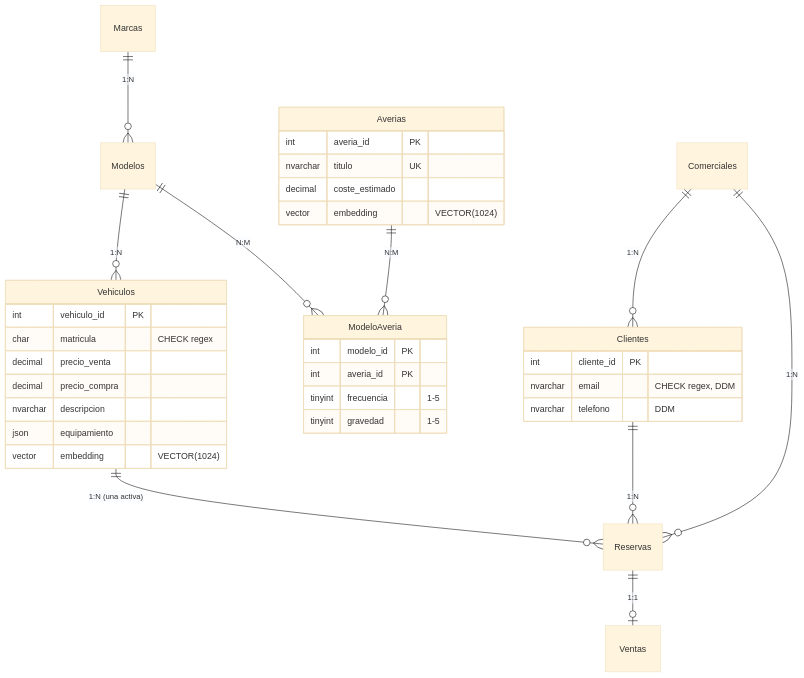
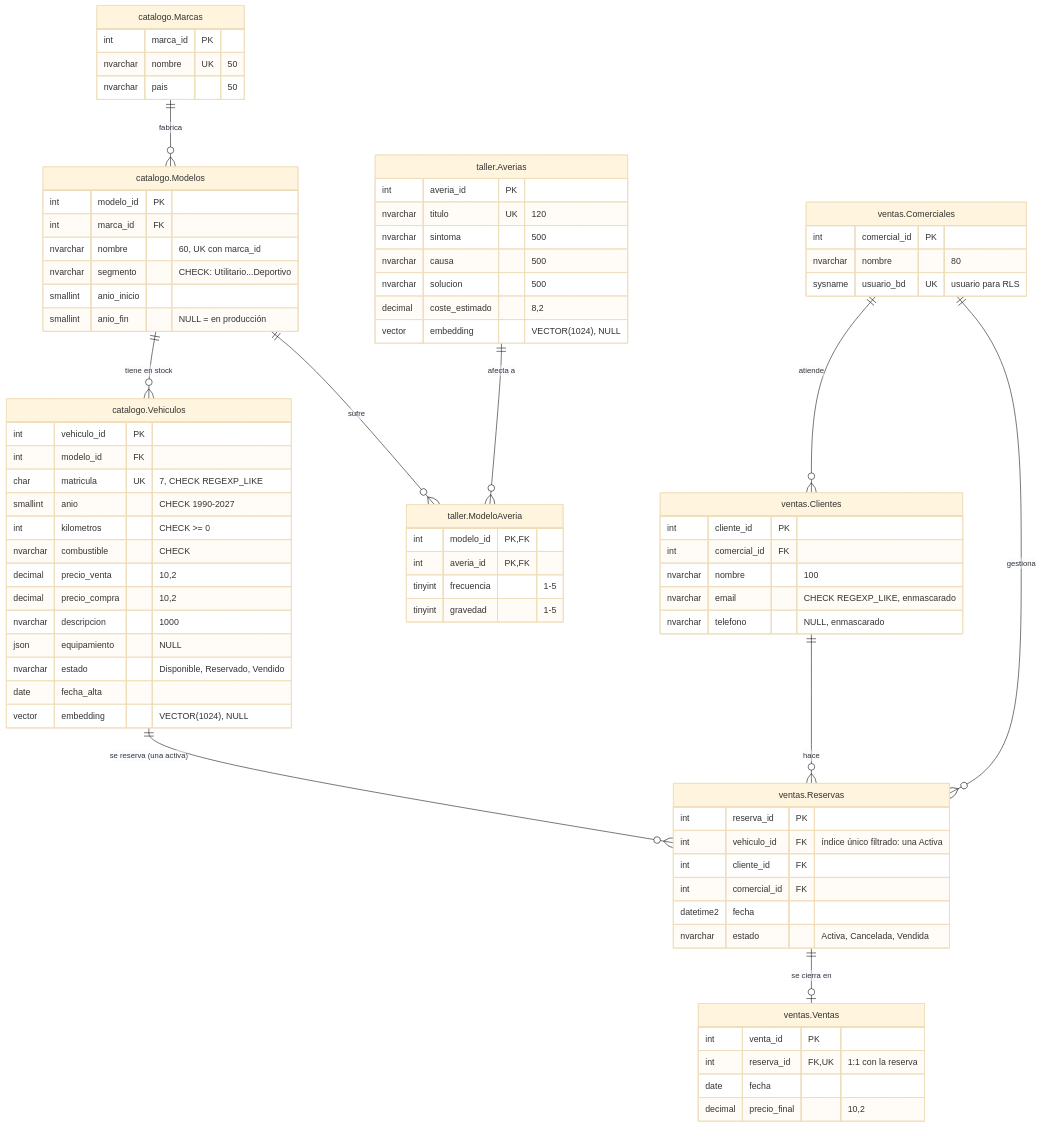
One commit to BigSierra365/dp800-bajo-el-capo changed the second of 2 diagrams in README.md. Above: the diagram before and after it, drawn with Mermaid (base theme). The commit also changed other lines of this file and 114 other files, not shown here.

````diff
--- a/README.md
+++ b/README.md
@@ -228,38 +601,82 @@
 ```mermaid
 erDiagram
-    Marcas ||--o{ Modelos : "1:N"
-    Modelos ||--o{ Vehiculos : "1:N"
-    Modelos ||--o{ ModeloAveria : "N:M"
-    Averias ||--o{ ModeloAveria : "N:M"
-    Comerciales ||--o{ Clientes : "1:N"
-    Comerciales ||--o{ Reservas : "1:N"
-    Clientes ||--o{ Reservas : "1:N"
-    Vehiculos ||--o{ Reservas : "1:N (una activa)"
-    Reservas ||--o| Ventas : "1:1"
-    Vehiculos {
+    Marcas ||--o{ Modelos : "fabrica"
+    Modelos ||--o{ Vehiculos : "tiene en stock"
+    Modelos ||--o{ ModeloAveria : "sufre"
+    Averias ||--o{ ModeloAveria : "afecta a"
+    Comerciales ||--o{ Clientes : "atiende"
+    Comerciales ||--o{ Reservas : "gestiona"
+    Clientes ||--o{ Reservas : "hace"
+    Vehiculos ||--o{ Reservas : "se reserva (una activa)"
+    Reservas ||--o| Ventas : "se cierra en"
+
+    Marcas["catalogo.Marcas"] {
+        int marca_id PK
+        nvarchar nombre UK "50"
+        nvarchar pais "50"
+    }
+    Modelos["catalogo.Modelos"] {
+        int modelo_id PK
+        int marca_id FK
+        nvarchar nombre "60, UK con marca_id"
+        nvarchar segmento "CHECK: Utilitario...Deportivo"
+        smallint anio_inicio
+        smallint anio_fin "NULL = en producción"
+    }
+    Vehiculos["catalogo.Vehiculos"] {
         int vehiculo_id PK
-        char matricula "CHECK regex"
-        decimal precio_venta
-        decimal precio_compra
-        nvarchar descripcion
-        json equipamiento
-        vector embedding "VECTOR(1024)"
+        int modelo_id FK
+        char matricula UK "7, CHECK REGEXP_LIKE"
+        smallint anio "CHECK 1990-2027"
+        int kilometros "CHECK >= 0"
+        nvarchar combustible "CHECK"
+        decimal precio_venta "10,2"
+        decimal precio_compra "10,2"
+        nvarchar descripcion "1000"
+        json equipamiento "NULL"
+        nvarchar estado "Disponible, Reservado, Vendido"
+        date fecha_alta
+        vector embedding "VECTOR(1024), NULL"
     }
-    Averias {
+    Averias["taller.Averias"] {
         int averia_id PK
-        nvarchar titulo UK
-        decimal coste_estimado
-        vector embedding "VECTOR(1024)"
+        nvarchar titulo UK "120"
+        nvarchar sintoma "500"
+        nvarchar causa "500"
+        nvarchar solucion "500"
+        decimal coste_estimado "8,2"
+        vector embedding "VECTOR(1024), NULL"
     }
-    ModeloAveria {
-        int modelo_id PK
-        int averia_id PK
+    ModeloAveria["taller.ModeloAveria"] {
+        int modelo_id PK, FK
+        int averia_id PK, FK
         tinyint frecuencia "1-5"
         tinyint gravedad "1-5"
     }
-    Clientes {
+    Comerciales["ventas.Comerciales"] {
+        int comercial_id PK
+        nvarchar nombre "80"
+        sysname usuario_bd UK "usuario para RLS"
+    }
+    Clientes["ventas.Clientes"] {
         int cliente_id PK
-        nvarchar email "CHECK regex, DDM"
-        nvarchar telefono "DDM"
+        int comercial_id FK
+        nvarchar nombre "100"
+        nvarchar email "CHECK REGEXP_LIKE, enmascarado"
+        nvarchar telefono "NULL, enmascarado"
+    }
+    Reservas["ventas.Reservas"] {
+        int reserva_id PK
+        int vehiculo_id FK "índice único filtrado: una Activa"
+        int cliente_id FK
+        int comercial_id FK
+        datetime2 fecha
+        nvarchar estado "Activa, Cancelada, Vendida"
+    }
+    Ventas["ventas.Ventas"] {
+        int venta_id PK
+        int reserva_id FK, UK "1:1 con la reserva"
+        date fecha
+        decimal precio_final "10,2"
     }
 ```
````
